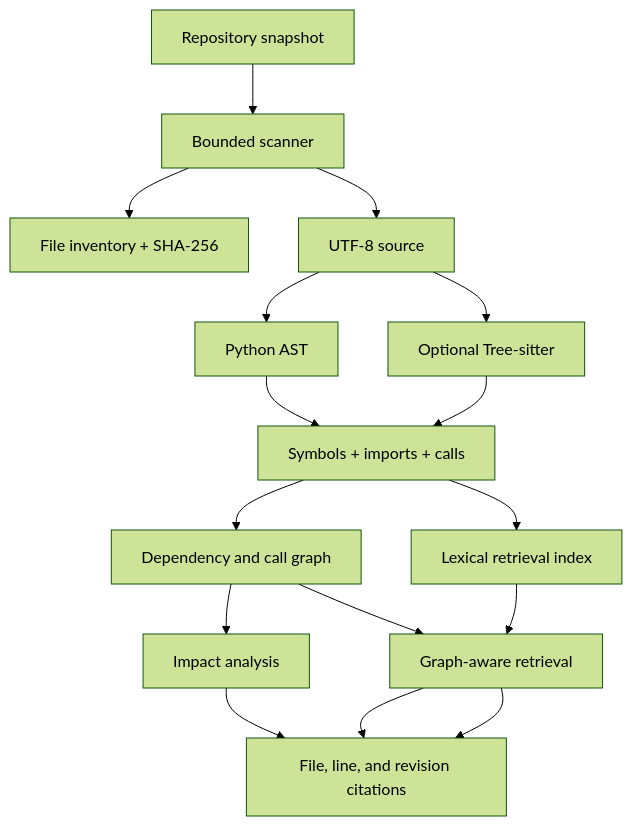
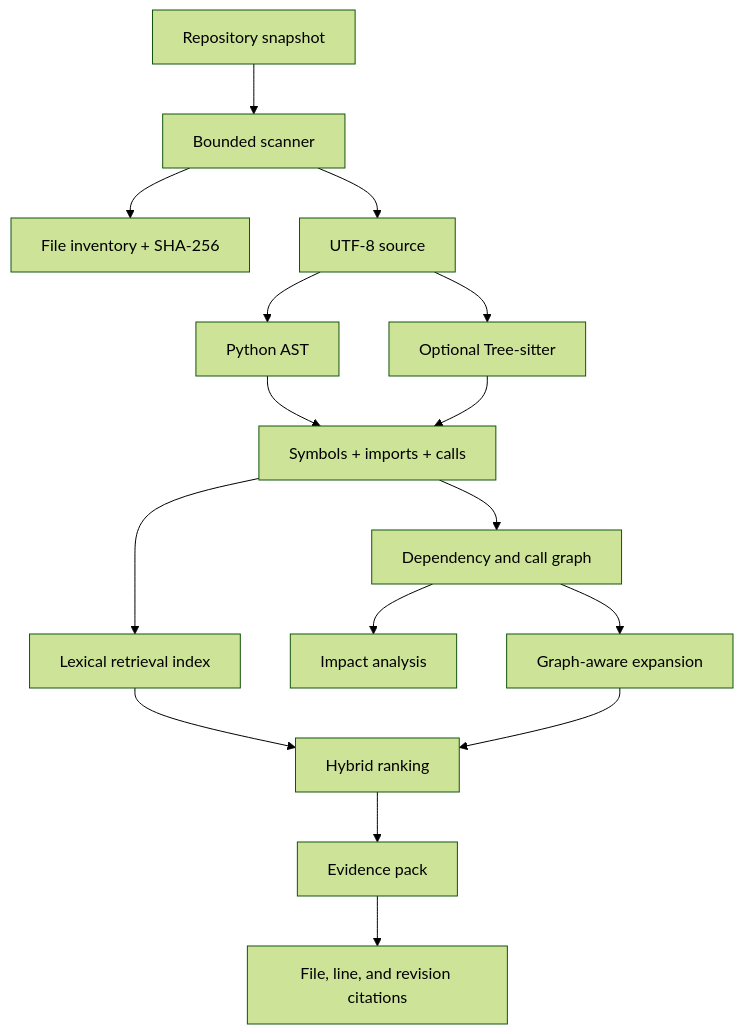
One commit to archivesofkrish/repoatlas-ai changed the diagram in README.md. Above: the diagram before and after it, drawn with Mermaid (forest theme). The commit also changed other lines of this file and 6 other files, not shown here.

Commit message:
fix: preserve multi-hop graph provenance in hybrid results

````diff
--- a/README.md
+++ b/README.md
@@ -149,18 +149,18 @@
 ```mermaid
 flowchart TD
     A[Repository snapshot] --> B[Bounded scanner]
     B --> C[File inventory + SHA-256]
     B --> D[UTF-8 source]
     D --> E[Python AST]
     D --> F[Optional Tree-sitter]
     E --> G[Symbols + imports + calls]
     F --> G
     G --> H[Dependency and call graph]
     G --> I[Lexical retrieval index]
     H --> J[Impact analysis]
-    H --> K[Graph-aware retrieval]
-    I --> K
-    J --> L[Evidence pack]
+    H --> K[Graph-aware expansion]
+    I --> L[Hybrid ranking]
     K --> L
-    K --> L[File, line, and revision citations]
+    L --> M[Evidence pack]
+    M --> N[File, line, and revision citations]
 ```
````
